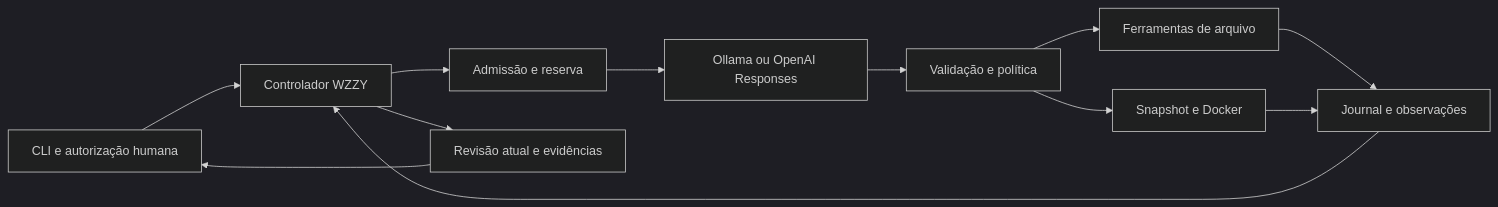
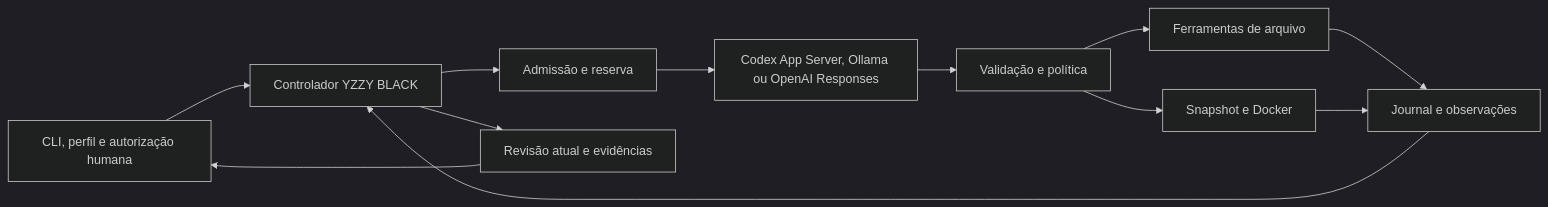
One commit to codewesleylima/thinking-about changed the diagram in docs/ARQUITETURA.md. Above: the diagram before and after it, drawn with Mermaid (dark theme). The commit also changed other lines of this file and 75 other files, not shown here.

Commit message:
feat: entrega YZZY BLACK 0.3.0 com equipe e estudo do Codex

````diff
--- a/docs/ARQUITETURA.md
+++ b/docs/ARQUITETURA.md
@@ -3,14 +3,14 @@
 ```mermaid
 flowchart LR
-  U[CLI e autorização humana] --> C[Controlador WZZY]
+  U[CLI, perfil e autorização humana] --> C[Controlador YZZY BLACK]
   C --> B[Admissão e reserva]
-  B --> M[Ollama ou OpenAI Responses]
+  B --> M[Codex App Server, Ollama ou OpenAI Responses]
   M --> P[Validação e política]
   P --> F[Ferramentas de arquivo]
   P --> D[Snapshot e Docker]
   F --> J[Journal e observações]
   D --> J
   J --> C
   C --> V[Revisão atual e evidências]
   V --> U
 ```
````
